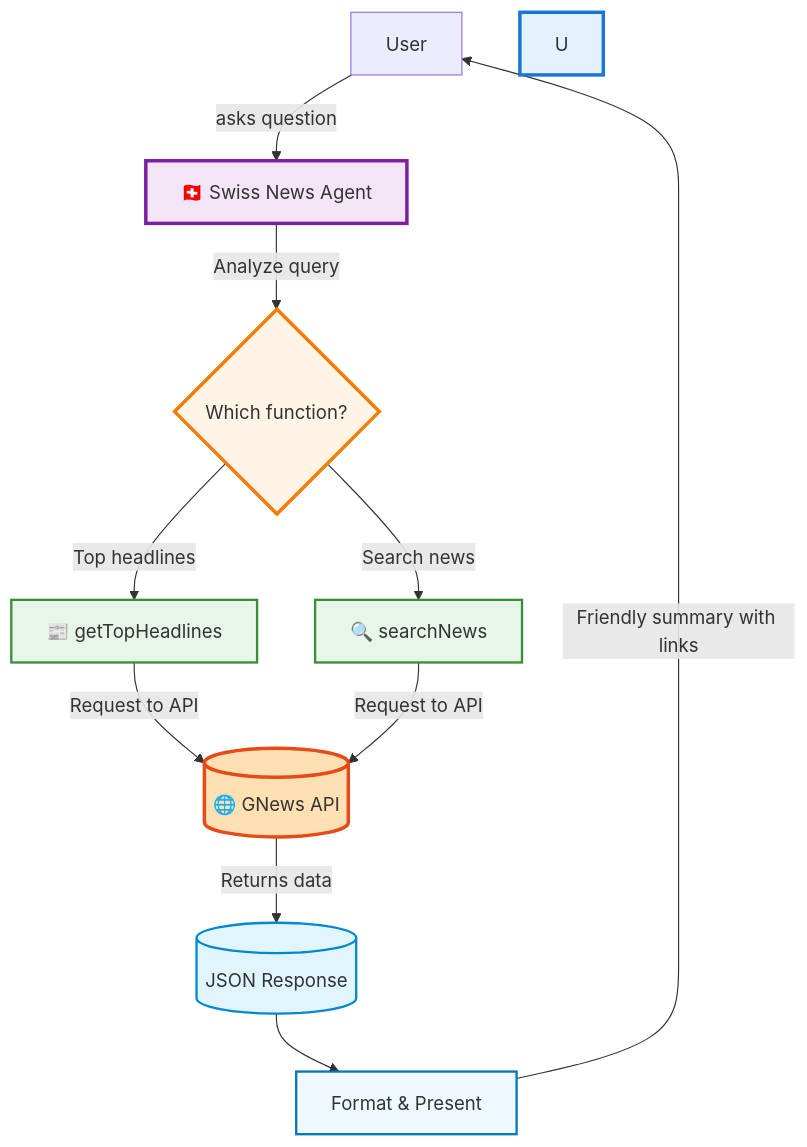
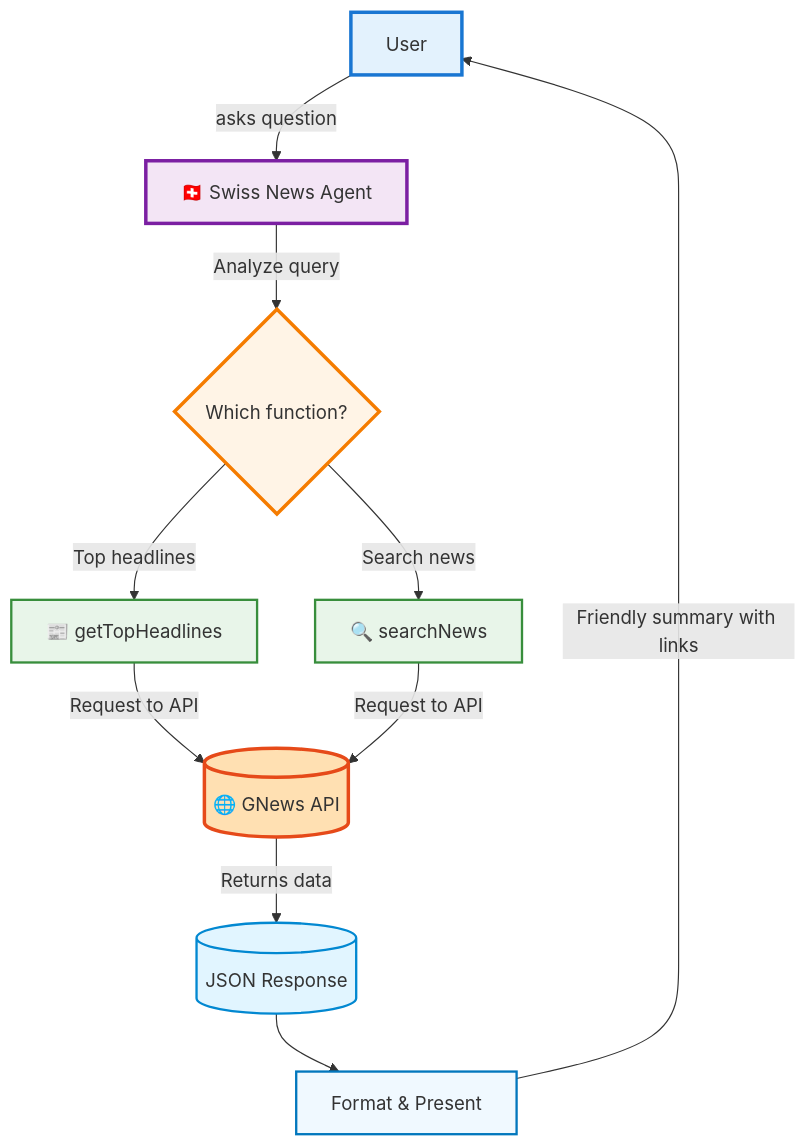
Before and after one commit to INNOQ-doc/innoq-doc: the diagram in cookbook/swiss-news-agent.mdx, drawn with Mermaid.

Commit message:
Documentation edits made through Mintlify web editor

````diff
--- a/cookbook/swiss-news-agent.mdx
+++ b/cookbook/swiss-news-agent.mdx
@@ -26,22 +26,22 @@
 ```mermaid
 flowchart TD
     User[User] -->|asks question| A[🇨🇭 Swiss News Agent]
     A -->|Analyze query| L{Which function?}
     L -->|Top headlines| GH[📰 getTopHeadlines]
     L -->|Search news| SN[🔍 searchNews]
     GH -->|Request to API| API[(🌐 GNews API)]
     SN -->|Request to API| API
     API -->|Returns data| RES[(JSON Response)]
     RES --> P[Format & Present]
     P -->|Friendly summary with links| User
 
-    style U fill:#e3f2fd,stroke:#1976d2,stroke-width:3px
+    style User fill:#e3f2fd,stroke:#1976d2,stroke-width:3px
     style A fill:#f3e5f5,stroke:#7b1fa2,stroke-width:3px
     style L fill:#fff4e6,stroke:#f57c00,stroke-width:3px
     style GH fill:#e8f5e9,stroke:#388e3c,stroke-width:2px
     style SN fill:#e8f5e9,stroke:#388e3c,stroke-width:2px
     style API fill:#ffe0b2,stroke:#e64a19,stroke-width:3px
     style RES fill:#e1f5ff,stroke:#0288d1,stroke-width:2px
     style P fill:#f0f9ff,stroke:#0277bd,stroke-width:2px
 
 ```
````
